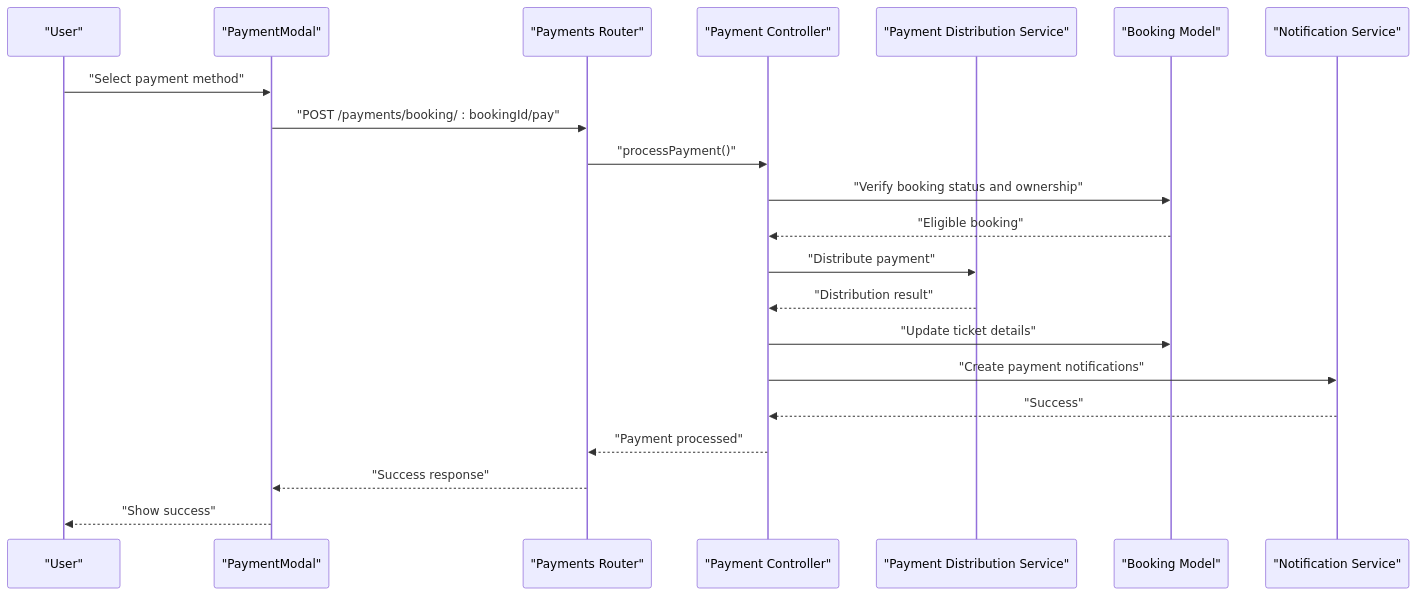
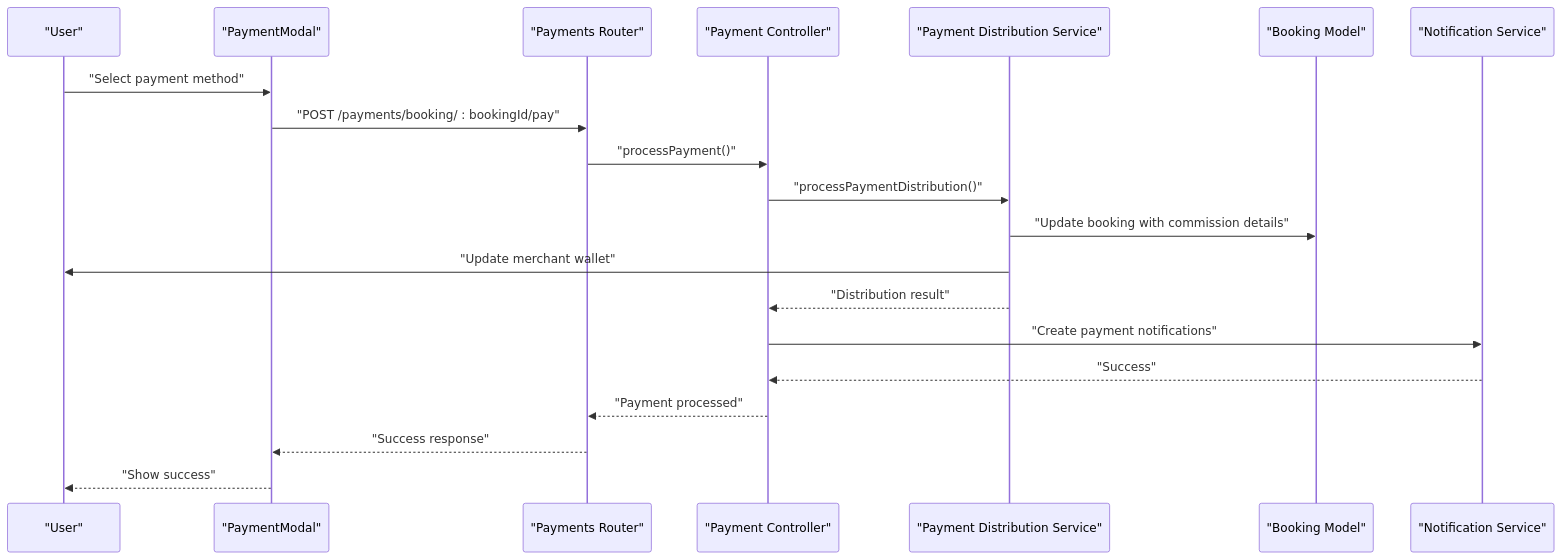
The seventh of 11 diagrams in .qoder/repowiki/en/content/Booking and Payment System/Booking and Payment System.md (meghanamallela69-tech/event), drawn with Mermaid before and after one commit. The commit also changed other lines of this file and 63 other files, not shown here.

````diff
--- a/.qoder/repowiki/en/content/Booking and Payment System/Booking and Payment System.md
+++ b/.qoder/repowiki/en/content/Booking and Payment System/Booking and Payment System.md
@@ -298,23 +347,22 @@
 ```mermaid
 sequenceDiagram
 participant User as "User"
 participant PaymentModal as "PaymentModal"
 participant Router as "Payments Router"
 participant Controller as "Payment Controller"
 participant Distribution as "Payment Distribution Service"
 participant Booking as "Booking Model"
 participant Notification as "Notification Service"
 User->>PaymentModal : "Select payment method"
 PaymentModal->>Router : "POST /payments/booking/ : bookingId/pay"
 Router->>Controller : "processPayment()"
-Controller->>Booking : "Verify booking status and ownership"
-Booking-->>Controller : "Eligible booking"
-Controller->>Distribution : "Distribute payment"
+Controller->>Distribution : "processPaymentDistribution()"
+Distribution->>Booking : "Update booking with commission details"
+Distribution->>User : "Update merchant wallet"
 Distribution-->>Controller : "Distribution result"
-Controller->>Booking : "Update ticket details"
 Controller->>Notification : "Create payment notifications"
 Notification-->>Controller : "Success"
 Controller-->>Router : "Payment processed"
 Router-->>PaymentModal : "Success response"
 PaymentModal-->>User : "Show success"
 ```
````
